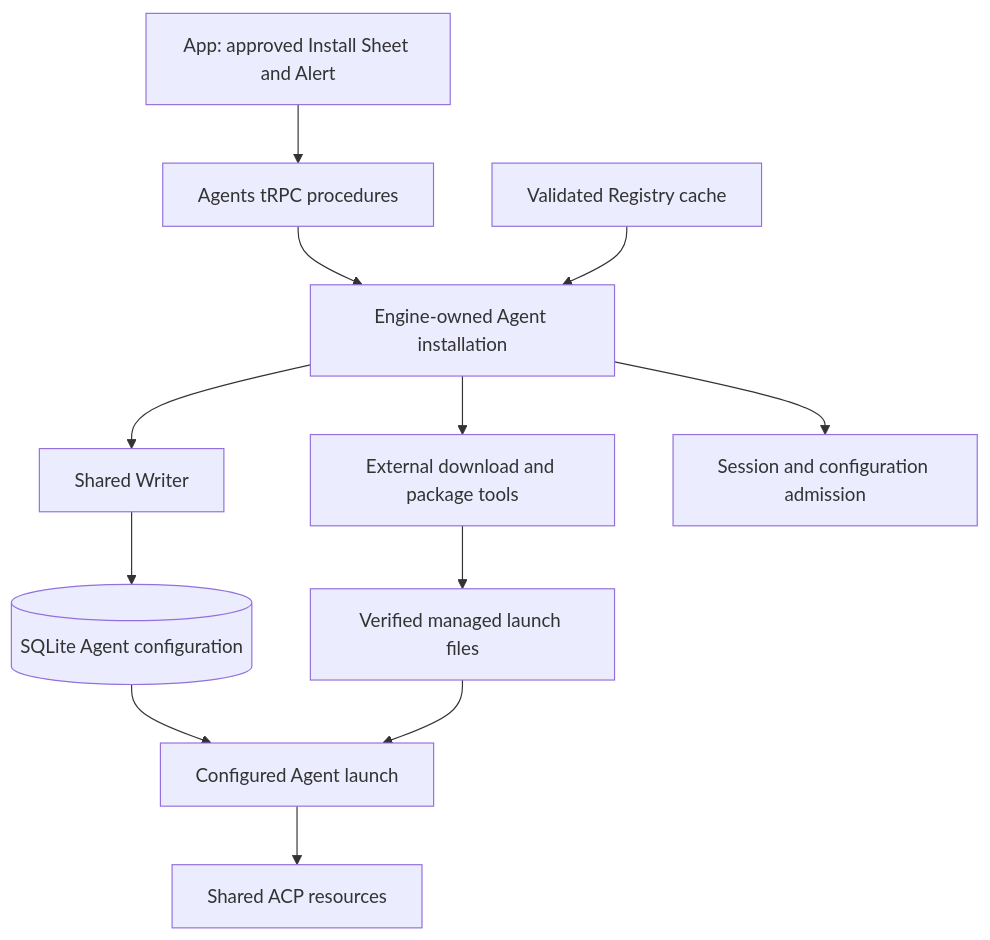
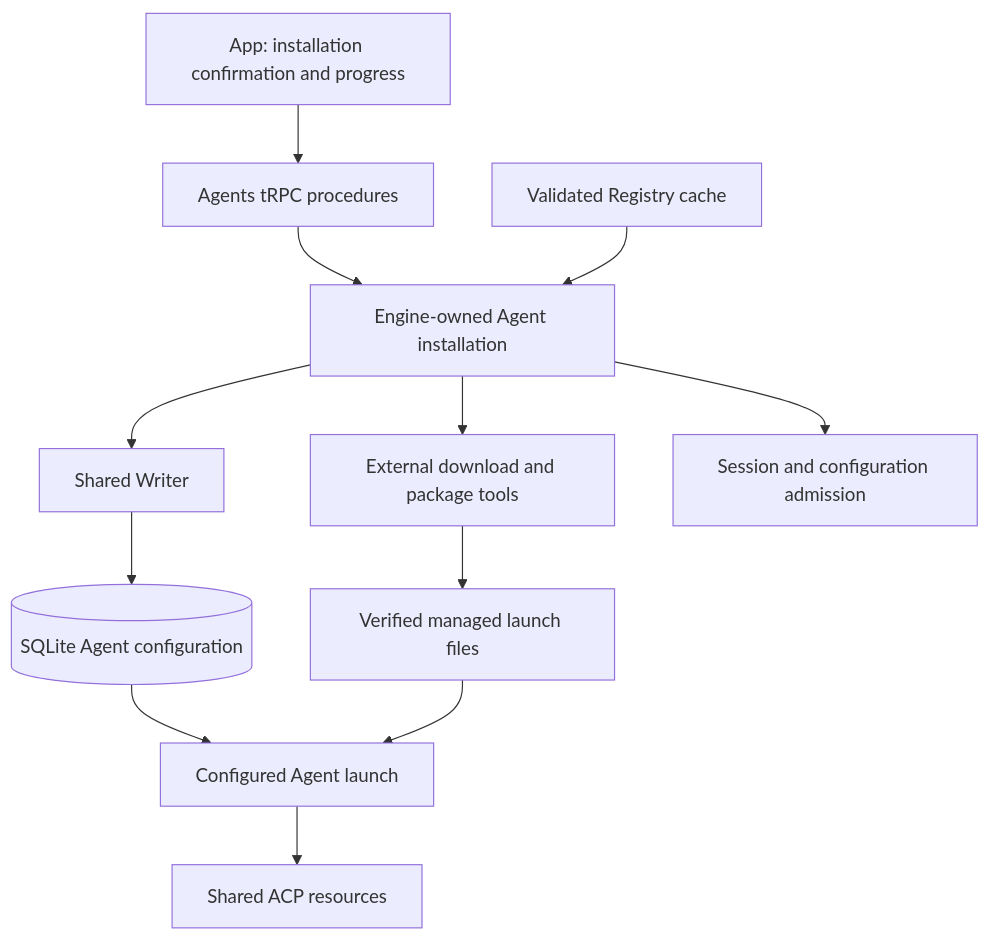
One commit to milad-alizadeh/argo-universal changed the diagram in docs/adr/0015-one-agent-machine-runs-every-adapter.md. Above: the diagram before and after it, drawn with Mermaid. The commit also changed 11 other files, not shown here.

````diff
--- a/docs/adr/0015-one-agent-machine-runs-every-adapter.md
+++ b/docs/adr/0015-one-agent-machine-runs-every-adapter.md
@@ -29,14 +29,14 @@
 ```mermaid
 flowchart TD
-    App[App: approved Install Sheet and Alert] --> Router[Agents tRPC procedures]
+    App[App: installation confirmation and progress] --> Router[Agents tRPC procedures]
     Router --> Setup[Engine-owned Agent installation]
     Registry[Validated Registry cache] --> Setup
     Setup --> Tools[External download and package tools]
     Tools --> Files[Verified managed launch files]
     Setup --> Writer[Shared Writer]
     Writer --> SQLite[(SQLite Agent configuration)]
     SQLite --> Launch[Configured Agent launch]
     Files --> Launch
     Launch --> ACP[Shared ACP resources]
     Setup --> Admission[Session and configuration admission]
 ```
````
